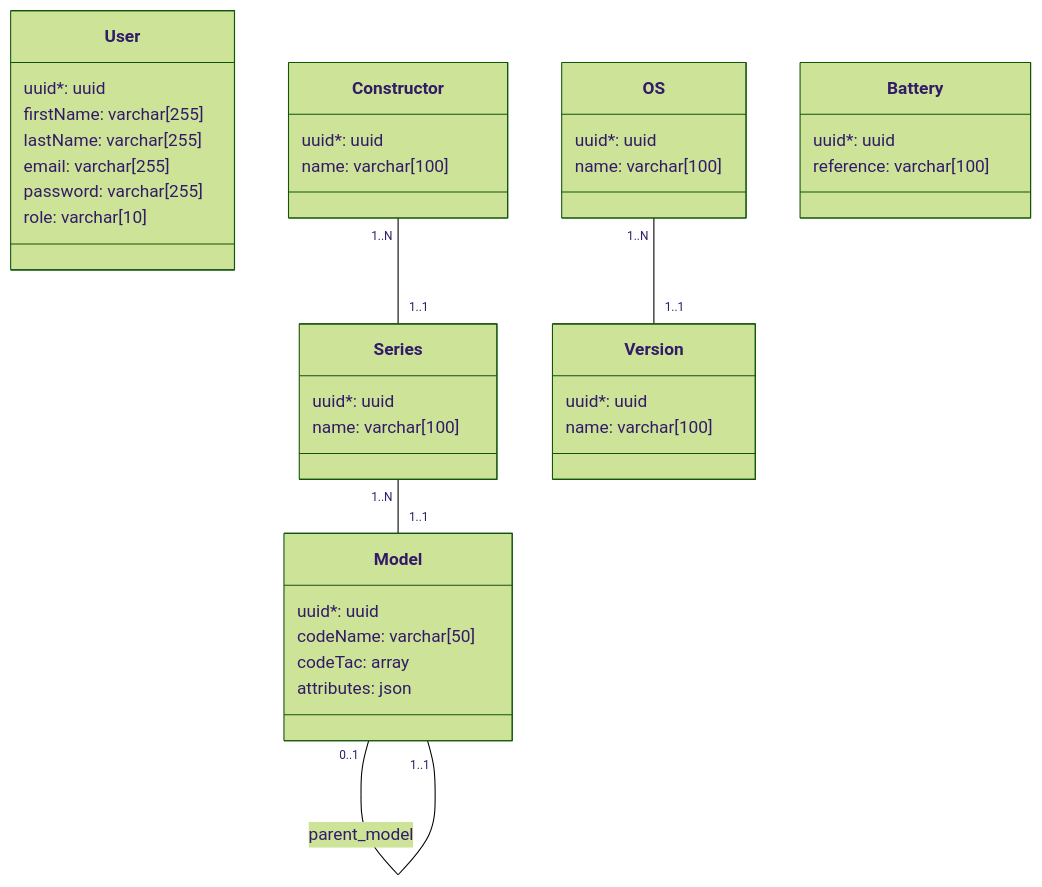
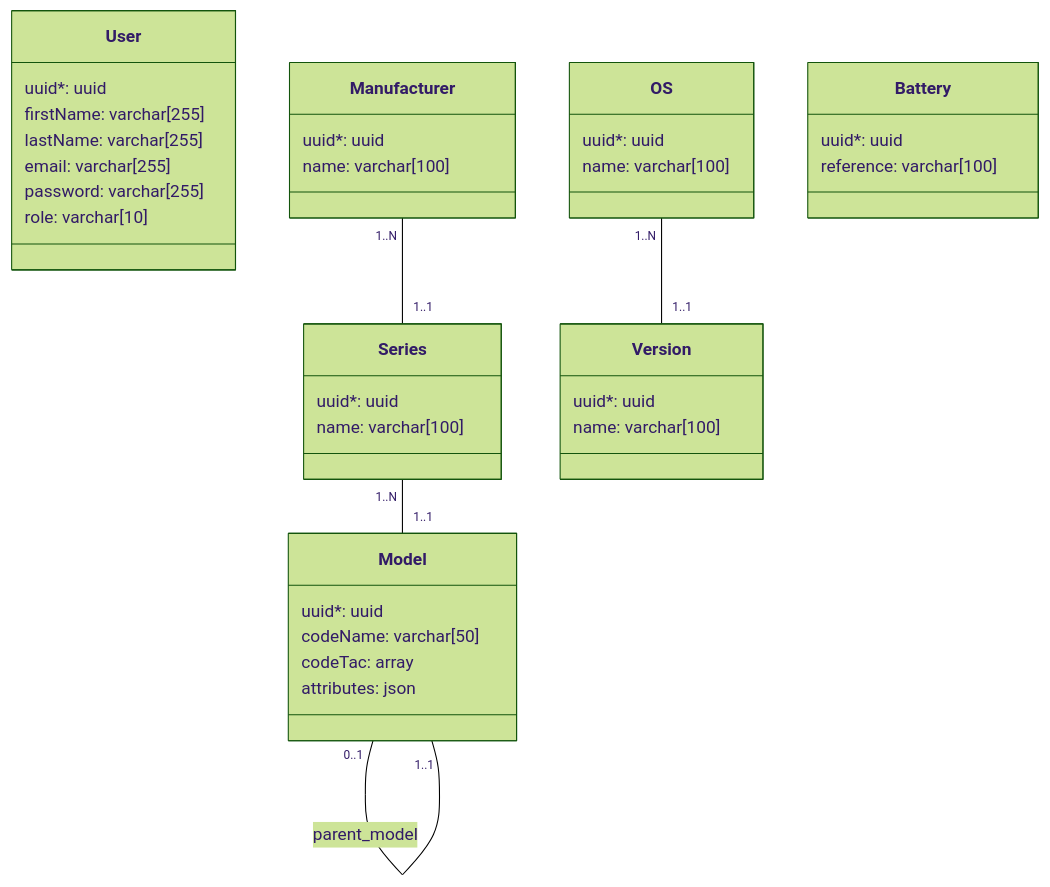
Before and after one commit to fairnesscoop/dddb: the diagram in docs/tools/db.md, drawn with Mermaid (forest theme). The commit also changed other lines of this file and 41 other files, not shown here.

````diff
--- a/docs/tools/db.md
+++ b/docs/tools/db.md
@@ -7,51 +7,51 @@
 ```mermaid
 classDiagram
 direction TB
 
 class User {
     uuid*: uuid
     firstName: varchar[255]
     lastName: varchar[255]
     email: varchar[255]
     password: varchar[255]
     role: varchar[10]
 }
 
-class Constructor {
+class Manufacturer {
     uuid*: uuid
     name: varchar[100]
 }
 
 class Series {
     uuid*: uuid
     name: varchar[100]
 }
 
 class Model {
     uuid*: uuid
     codeName: varchar[50]
     codeTac: array
     attributes: json
 }
 
 class OS {
     uuid*: uuid
     name: varchar[100]
 }
 
 class Version {
     uuid*: uuid
     name: varchar[100]
 }
 
 
 class Battery {
     uuid*: uuid
     reference: varchar[100]
 }
 
-Constructor "1..N" -- "1..1" Series
+Manufacturer "1..N" -- "1..1" Series
 Series "1..N" -- "1..1" Model
 Model "0..1" -- "1..1" Model : parent_model
 OS "1..N" -- "1..1" Version
 ```
````
